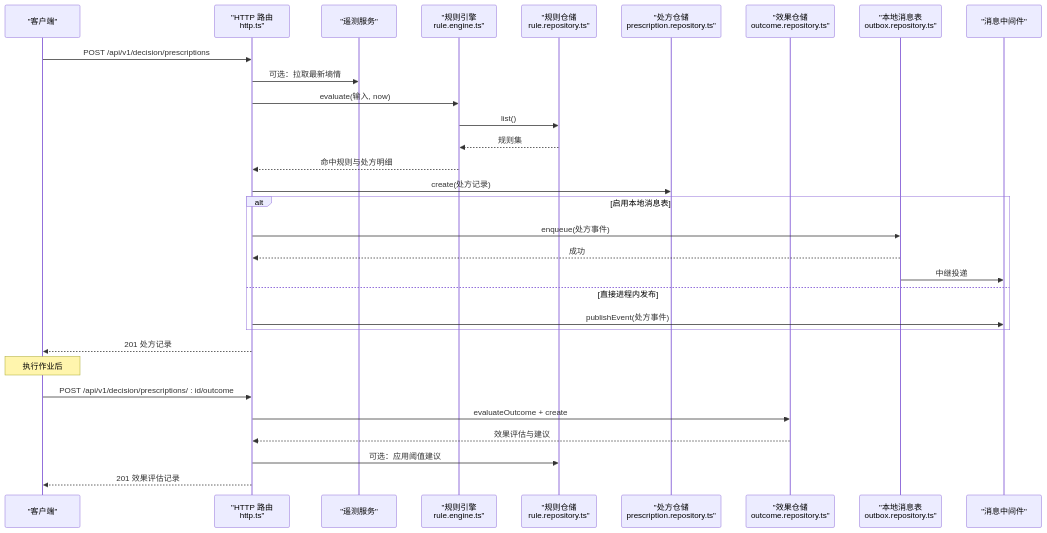
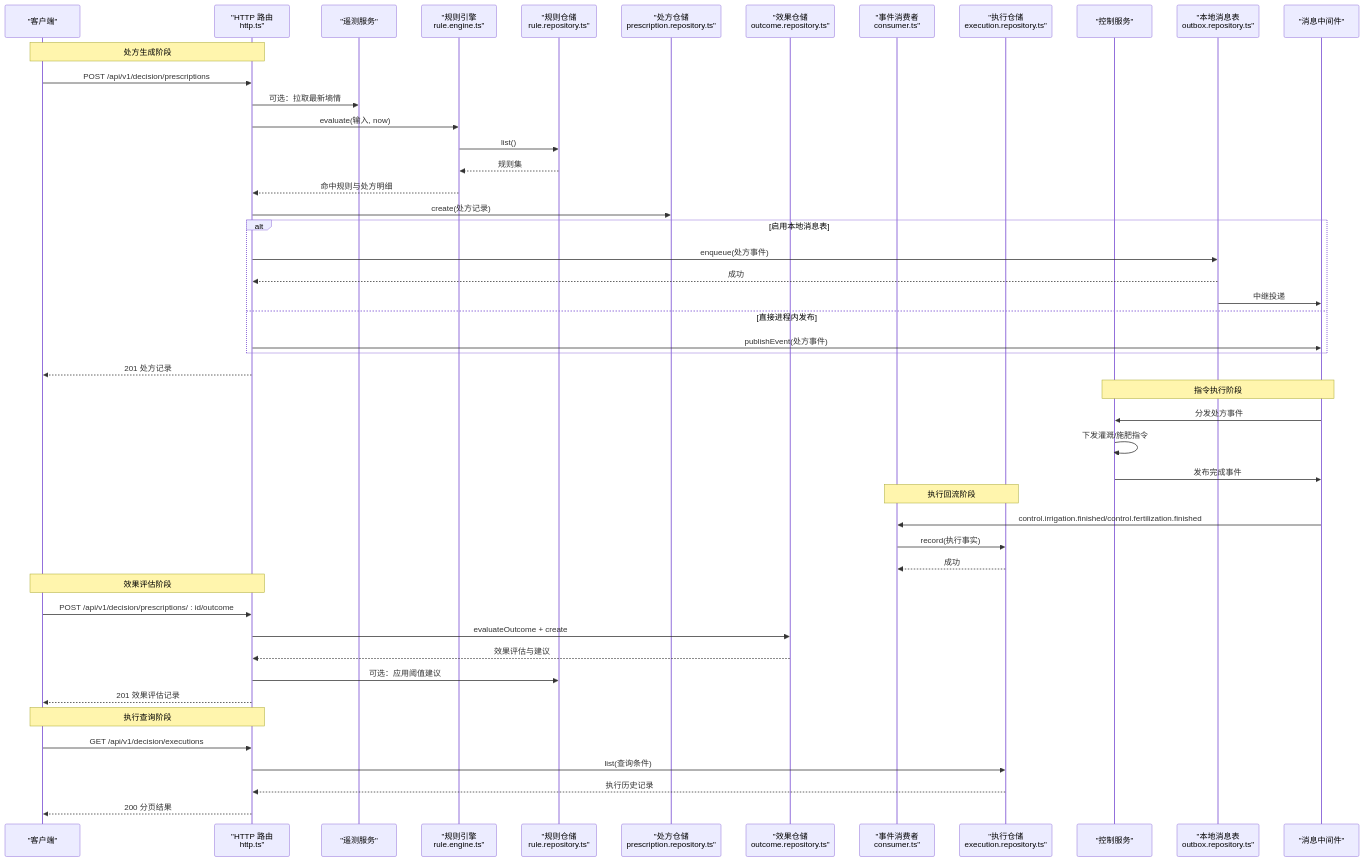
One commit to q446328246/agri-platform changed the second of 14 diagrams in .qoder/repowiki/zh/content/核心服务文档/智能决策服务/智能决策服务.md. Above: the diagram before and after it, drawn with Mermaid. The commit also changed other lines of this file and 35 other files, not shown here.

````diff
--- a/.qoder/repowiki/zh/content/核心服务文档/智能决策服务/智能决策服务.md
+++ b/.qoder/repowiki/zh/content/核心服务文档/智能决策服务/智能决策服务.md
@@ -116,33 +139,50 @@
 ```mermaid
 sequenceDiagram
 participant Client as "客户端"
 participant HTTP as "HTTP 路由<br/>http.ts"
 participant Telemetry as "遥测服务"
 participant Engine as "规则引擎<br/>rule.engine.ts"
 participant RuleRepo as "规则仓储<br/>rule.repository.ts"
 participant PrescRepo as "处方仓储<br/>prescription.repository.ts"
 participant OutcomeRepo as "效果仓储<br/>outcome.repository.ts"
+participant Consumer as "事件消费者<br/>consumer.ts"
+participant ExecRepo as "执行仓储<br/>execution.repository.ts"
+participant Control as "控制服务"
 participant Outbox as "本地消息表<br/>outbox.repository.ts"
 participant MQ as "消息中间件"
+Note over Client,HTTP : 处方生成阶段
 Client->>HTTP : POST /api/v1/decision/prescriptions
 HTTP->>Telemetry : 可选：拉取最新墒情
 HTTP->>Engine : evaluate(输入, now)
 Engine->>RuleRepo : list()
 RuleRepo-->>Engine : 规则集
 Engine-->>HTTP : 命中规则与处方明细
 HTTP->>PrescRepo : create(处方记录)
 alt 启用本地消息表
 HTTP->>Outbox : enqueue(处方事件)
 Outbox-->>HTTP : 成功
 Outbox->>MQ : 中继投递
 else 直接进程内发布
 HTTP->>MQ : publishEvent(处方事件)
 end
 HTTP-->>Client : 201 处方记录
-Note over Client : 执行作业后
+Note over Control,MQ : 指令执行阶段
+MQ->>Control : 分发处方事件
+Control->>Control : 下发灌溉/施肥指令
+Control->>MQ : 发布完成事件
+Note over Consumer,ExecRepo : 执行回流阶段
+MQ->>Consumer : control.irrigation.finished/control.fertilization.finished
+Consumer->>ExecRepo : record(执行事实)
+ExecRepo-->>Consumer : 成功
+Note over Client,HTTP : 效果评估阶段
 Client->>HTTP : POST /api/v1/decision/prescriptions/ : id/outcome
 HTTP->>OutcomeRepo : evaluateOutcome + create
 OutcomeRepo-->>HTTP : 效果评估与建议
 HTTP->>RuleRepo : 可选：应用阈值建议
 HTTP-->>Client : 201 效果评估记录
+Note over Client,HTTP : 执行查询阶段
+Client->>HTTP : GET /api/v1/decision/executions
+HTTP->>ExecRepo : list(查询条件)
+ExecRepo-->>HTTP : 执行历史记录
+HTTP-->>Client : 200 分页结果
 ```
````
